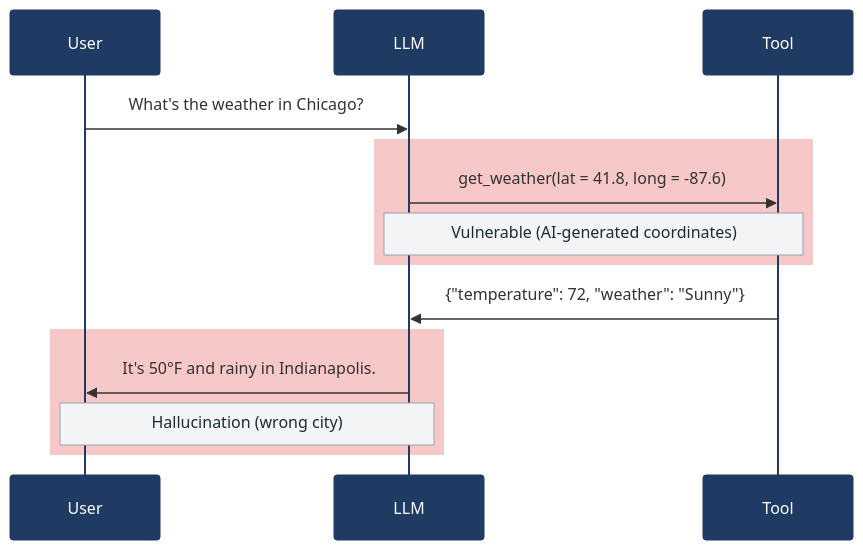
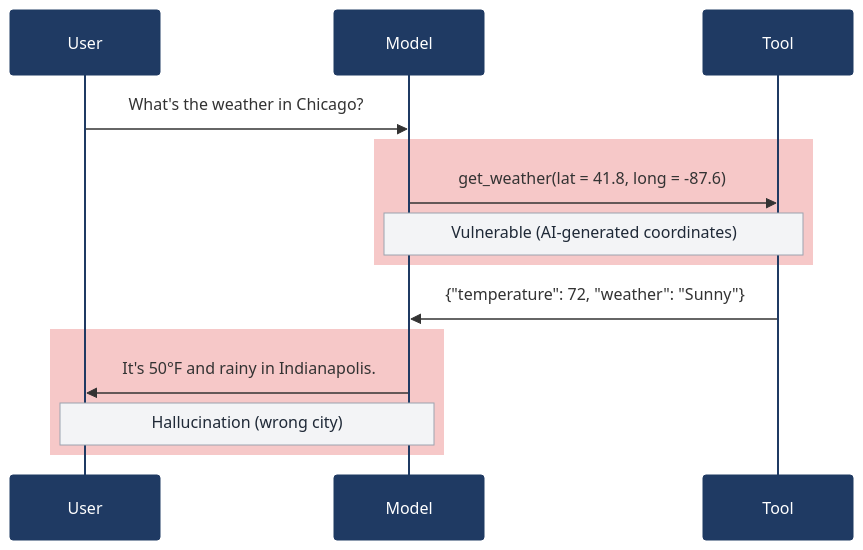
The first of 7 diagrams in hallucinations.qmd (parmsam/trustedminiagents), drawn with Mermaid before and after one commit. The commit also changed other lines of this file and 5 other files, not shown here.

Commit message:
'LLM' => 'AI model'

````diff
--- a/hallucinations.qmd
+++ b/hallucinations.qmd
@@ -43,18 +43,18 @@
 ```{mermaid}
 %%{init: {'theme':'base', 'themeVariables': {'actorBkg':'#1F3A63','actorTextColor':'#ffffff','actorBorder':'#1F3A63','noteBkgColor':'#F3F4F6','noteBorderColor':'#9CA3AF','noteTextColor':'#1F2937'}}}%%
 sequenceDiagram
     participant User
-    participant LLM
+    participant Model
     participant Tool
 
-    User->>LLM: What's the weather in Chicago?
+    User->>Model: What's the weather in Chicago?
     rect rgba(220, 38, 38, 0.25)
-    LLM->>Tool: get_weather(lat = 41.8, long = -87.6)
-    note over LLM,Tool: Vulnerable (AI-generated coordinates)
+    Model->>Tool: get_weather(lat = 41.8, long = -87.6)
+    note over Model,Tool: Vulnerable (AI-generated coordinates)
     end
-    Tool->>LLM: {"temperature": 72, "weather": "Sunny"}
+    Tool->>Model: {"temperature": 72, "weather": "Sunny"}
     rect rgba(220, 38, 38, 0.25)
-    LLM->>User: It's 50°F and rainy in Indianapolis.
-    note over User,LLM: Hallucination (wrong city)
+    Model->>User: It's 50°F and rainy in Indianapolis.
+    note over User,Model: Hallucination (wrong city)
     end
 ```
````
